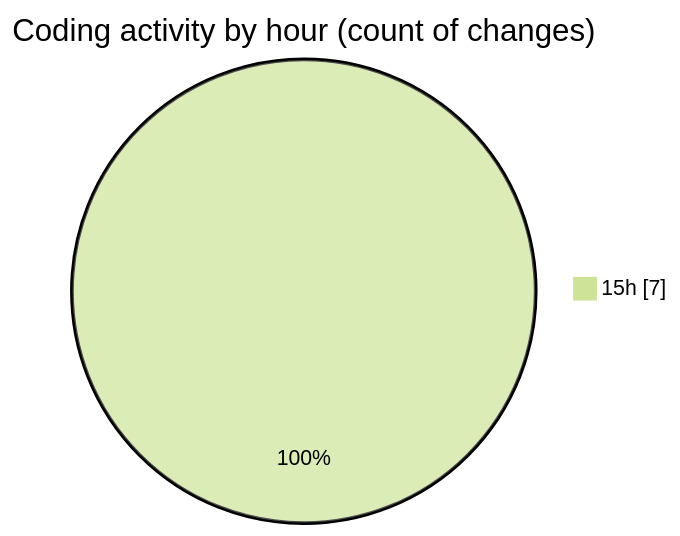
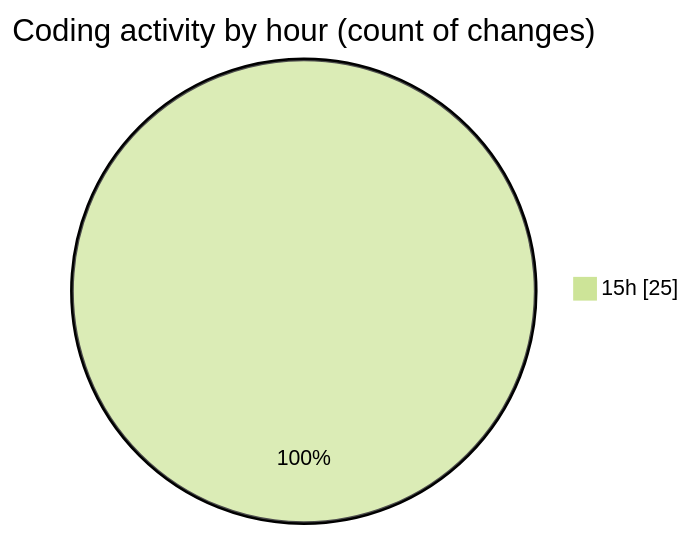
One commit to Unknowalive/code-tracking changed the second of 2 diagrams in 2026-04-02/ai-programming-assignment-4/README.md. Above: the diagram before and after it, drawn with Mermaid (forest theme). The commit also changed other lines of this file and 1 other file, not shown here.

````diff
--- a/2026-04-02/ai-programming-assignment-4/README.md
+++ b/2026-04-02/ai-programming-assignment-4/README.md
@@ -31,5 +37,5 @@
 ```mermaid
 pie showData
 title Coding activity by hour (count of changes)
-"15h" : 7
+"15h" : 25
 ```
````
